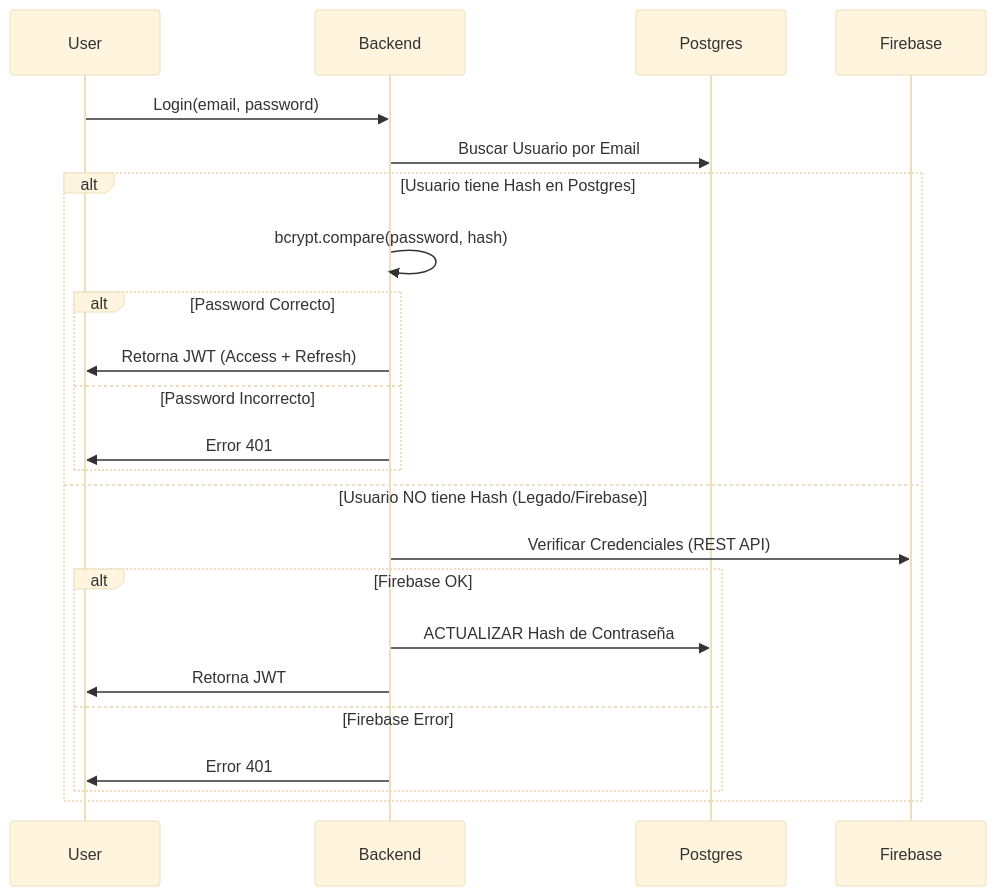
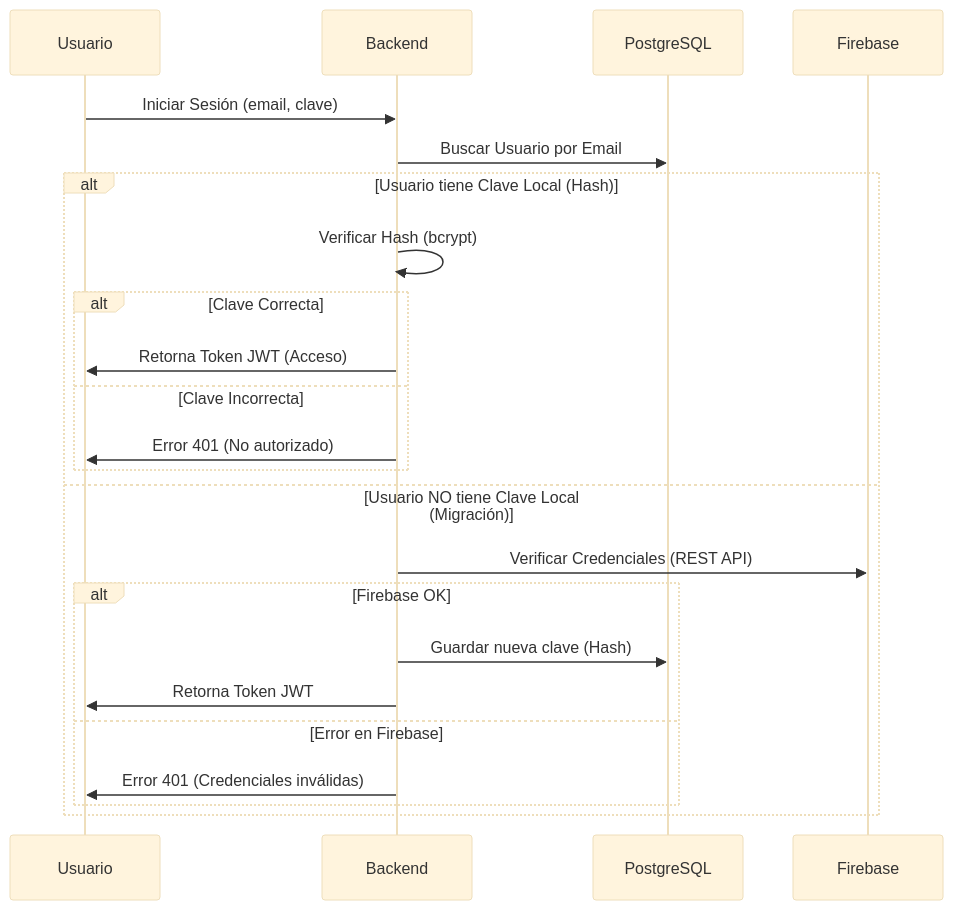
The third of 3 diagrams in README.md (BryanS1996/Sistema_Laboratorios_Arqui), drawn with Mermaid (base theme) before and after one commit. The commit also changed other lines of this file, not shown here.

Commit message:
Translate README diagrams to Spanish and improve clarity

````diff
--- a/README.md
+++ b/README.md
@@ -160,27 +160,27 @@
 ```mermaid
 sequenceDiagram
-    participant User
+    participant Usuario
     participant Backend
-    participant Postgres
+    participant BaseDatos as PostgreSQL
     participant Firebase
 
-    User->>Backend: Login(email, password)
-    Backend->>Postgres: Buscar Usuario por Email
+    Usuario->>Backend: Iniciar Sesión (email, clave)
+    Backend->>BaseDatos: Buscar Usuario por Email
     
-    alt Usuario tiene Hash en Postgres
-        Backend->>Backend: bcrypt.compare(password, hash)
-        alt Password Correcto
-            Backend->>User: Retorna JWT (Access + Refresh)
-        else Password Incorrecto
-            Backend->>User: Error 401
+    alt Usuario tiene Clave Local (Hash)
+        Backend->>Backend: Verificar Hash (bcrypt)
+        alt Clave Correcta
+            Backend->>Usuario: Retorna Token JWT (Acceso)
+        else Clave Incorrecta
+            Backend->>Usuario: Error 401 (No autorizado)
         end
-    else Usuario NO tiene Hash (Legado/Firebase)
+    else Usuario NO tiene Clave Local (Migración)
         Backend->>Firebase: Verificar Credenciales (REST API)
         alt Firebase OK
-            Backend->>Postgres: ACTUALIZAR Hash de Contraseña
-            Backend->>User: Retorna JWT
-        else Firebase Error
-            Backend->>User: Error 401
+            Backend->>BaseDatos: Guardar nueva clave (Hash)
+            Backend->>Usuario: Retorna Token JWT
+        else Error en Firebase
+            Backend->>Usuario: Error 401 (Credenciales inválidas)
         end
     end
 ```
````
